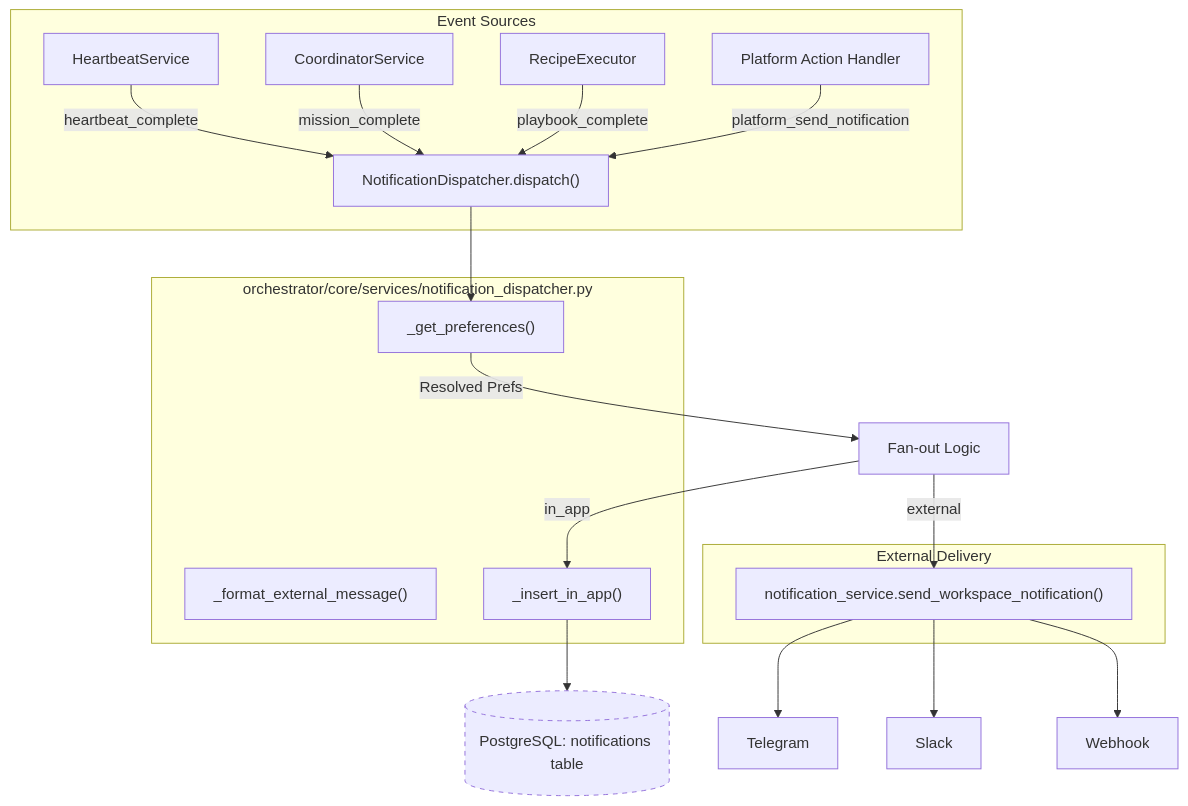
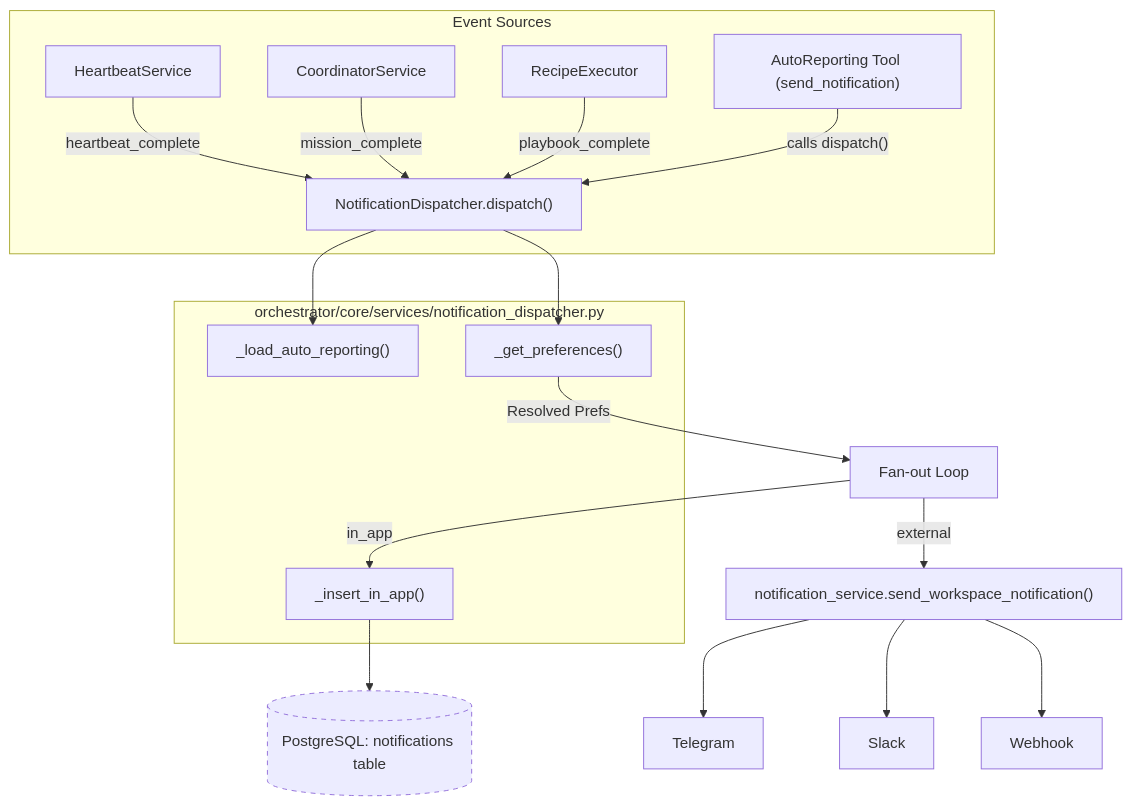
The first of 2 diagrams in docs/unified-notification-system/notificationdispatcher.md (AutomatosAI/automatos-ai), drawn with Mermaid before and after one commit. The commit also changed other lines of this file and 191 other files, not shown here.

````diff
--- a/docs/unified-notification-system/notificationdispatcher.md
+++ b/docs/unified-notification-system/notificationdispatcher.md
@@ -37,33 +46,30 @@
 ```mermaid
 graph TD
     subgraph "Event Sources"
         A["HeartbeatService"] -- "heartbeat_complete" --> DISP
         B["CoordinatorService"] -- "mission_complete" --> DISP
         C["RecipeExecutor"] -- "playbook_complete" --> DISP
-        D["Platform Action Handler"] -- "platform_send_notification" --> DISP
+        D["AutoReporting Tool (send_notification)"] -- "calls dispatch()" --> DISP
     end
 
     subgraph "orchestrator/core/services/notification_dispatcher.py"
         DISP["NotificationDispatcher.dispatch()"]
-        PREF["_get_preferences()"]
-        FMT["_format_external_message()"]
-        INAPP["_insert_in_app()"]
+        AR_LOAD["_load_auto_reporting()"]
+        GET_PREFS["_get_preferences()"]
+        INSERT_INAPP["_insert_in_app()"]
     end
 
-    subgraph "External Delivery"
-        NS["notification_service.send_workspace_notification()"]
-    end
+    DISP --> AR_LOAD
+    DISP --> GET_PREFS
+    GET_PREFS -->|Resolved Prefs| FAN["Fan-out Loop"]
 
-    DISP --> PREF
-    PREF -->|Resolved Prefs| FAN["Fan-out Logic"]
-
-    FAN -->|in_app| INAPP
-    INAPP --> DB[("PostgreSQL: notifications table")]
-    FAN -->|external| NS
+    FAN -->|in_app| INSERT_INAPP
+    INSERT_INAPP --> DB[("PostgreSQL: notifications table")]
+    FAN -->|external| NS["notification_service.send_workspace_notification()"]
     
     NS --> TG["Telegram"]
     NS --> SL["Slack"]
     NS --> WH["Webhook"]
 
     style DB stroke-dasharray: 5 5
 ```
````
